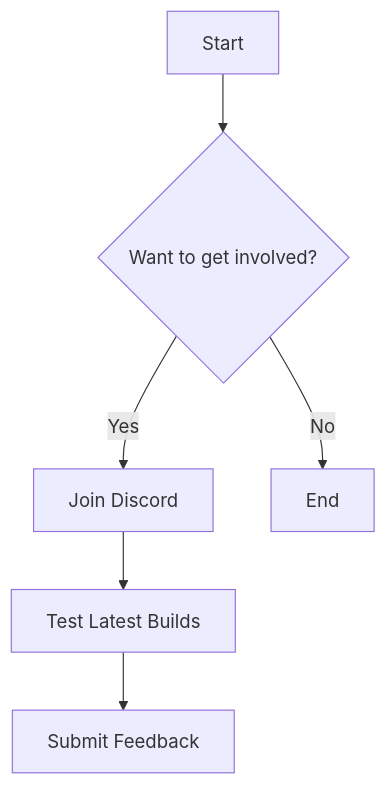
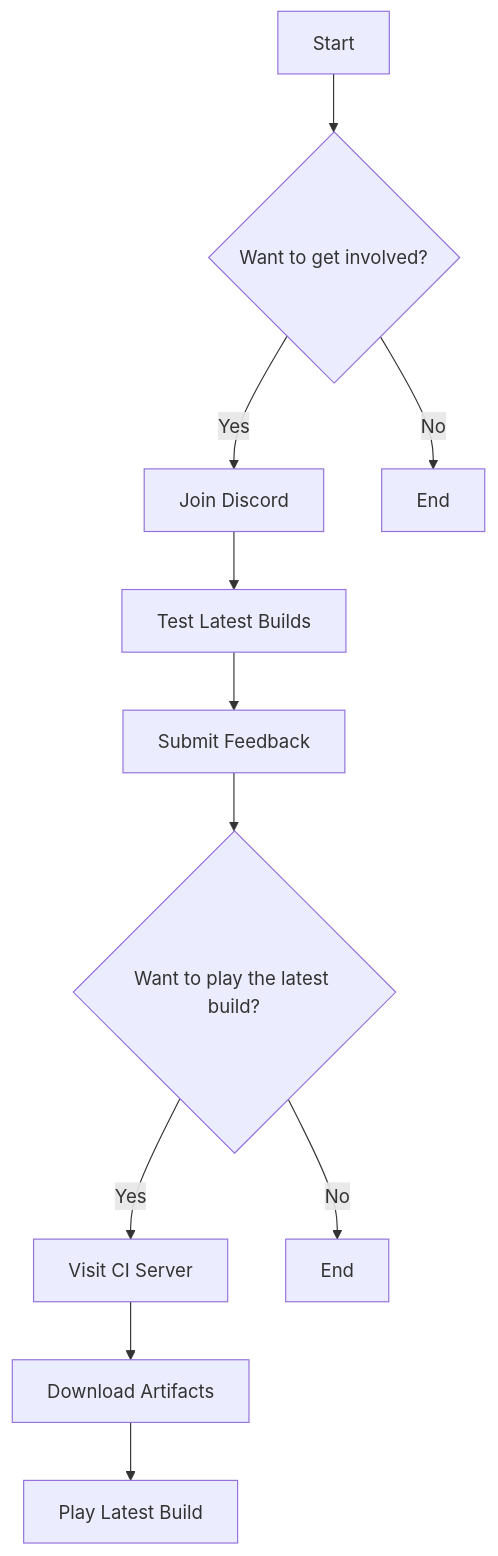
One commit to V-Sekai/.github changed the diagram in profile/README.md. Above: the diagram before and after it, drawn with Mermaid.

Commit message:
Update profile README.md with new options for playing the latest build

````diff
--- a/profile/README.md
+++ b/profile/README.md
@@ -10,8 +10,13 @@
 ```mermaid
 graph TD
     A[Start] --> B{Want to get involved?}
     B -->|Yes| C[Join Discord]
     C --> D[Test Latest Builds]
     D --> E[Submit Feedback]
-    B -->|No| F[End]
+    E --> F{Want to play the latest build?}
+    F -->|Yes| G[Visit CI Server]
+    G --> H[Download Artifacts]
+    H --> I[Play Latest Build]
+    F -->|No| J[End]
+    B -->|No| K[End]
 ```
````
